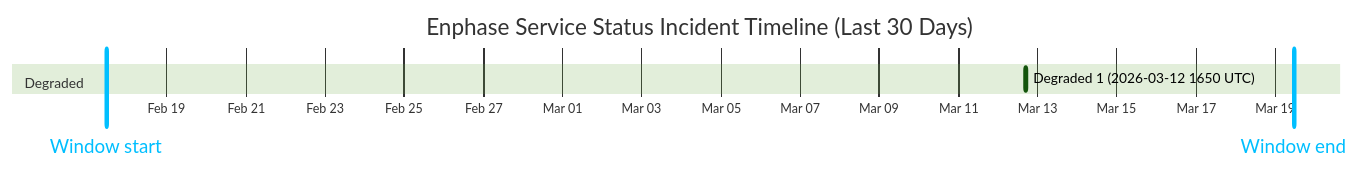
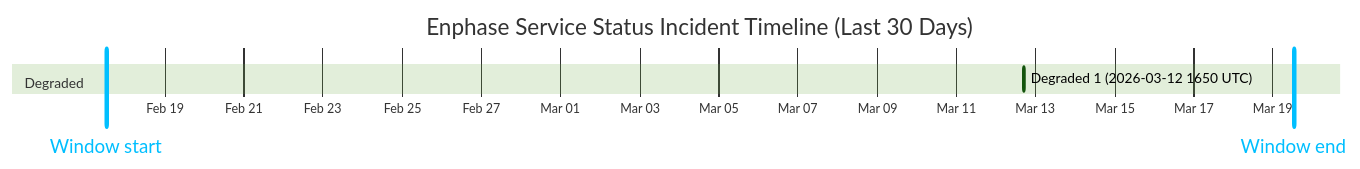
The diagram in wiki/Service-Status-History.md (barneyonline/ha-enphase-ev-charger), drawn with Mermaid (forest theme) before and after one commit. The commit also changed other lines of this file and 3 other files, not shown here.

````diff
--- a/wiki/Service-Status-History.md
+++ b/wiki/Service-Status-History.md
@@ -14,10 +14,10 @@
 ```mermaid
 gantt
     title Enphase Service Status Incident Timeline (Last 30 Days)
     dateFormat  YYYY-MM-DDTHH:mm:ss
     axisFormat  %b %d
-    Window start :vert, window-start, 2026-02-17T11:28:25, 0ms
-    Window end :vert, window-end, 2026-03-19T11:28:25, 0ms
+    Window start :vert, window-start, 2026-02-17T12:40:33, 0ms
+    Window end :vert, window-end, 2026-03-19T12:40:33, 0ms
     section Degraded
     Degraded 1 (2026-03-12 1650 UTC) :active, degraded-1, 2026-03-12T16:50:43, 60m
 ```
````
